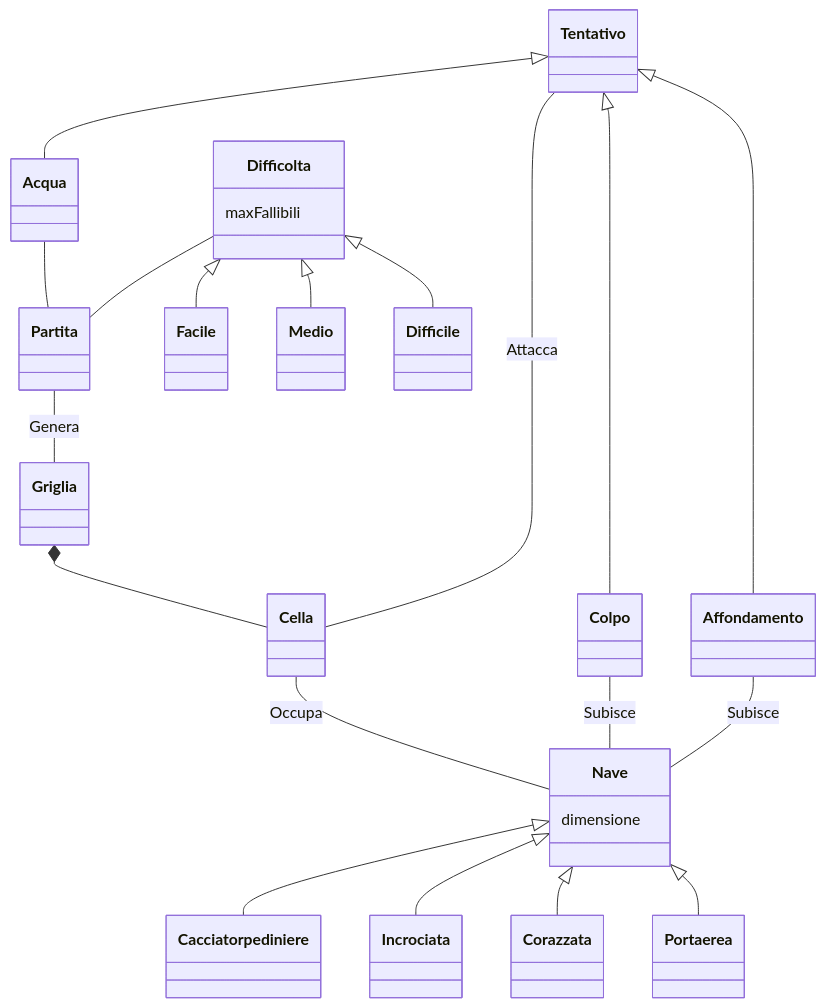
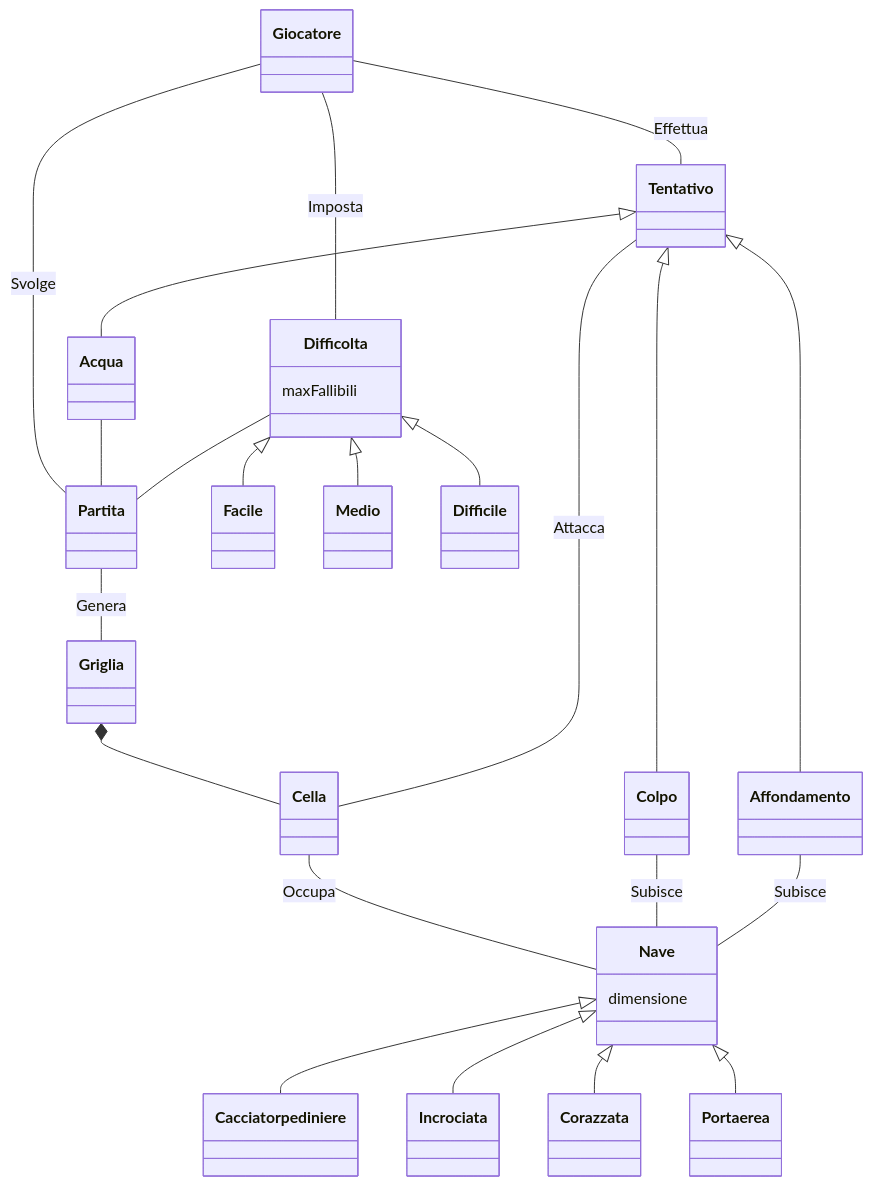
Before and after one commit to softeng2223-inf-uniba/progetto2223-thacker: the diagram in docs/Report.md, drawn with Mermaid.

Commit message:
Aggiunto concetto Giocatore al Modello di Dominio e relative associazioni

````diff
--- a/docs/Report.md
+++ b/docs/Report.md
@@ -7,38 +7,42 @@
 ```mermaid
     
     classDiagram
         
+        Giocatore -- Tentativo : Effettua
+        Giocatore -- Partita : Svolge
+        Giocatore -- Difficolta : Imposta
+
         Partita -- Griglia : Genera
         Griglia *-- Cella
         Cella -- Nave : Occupa
         Tentativo -- Cella : Attacca
 
 
         Nave <|-- Cacciatorpediniere
         Nave <|-- Incrociata
         Nave <|-- Corazzata
         Nave <|-- Portaerea
         
         Tentativo <|-- Acqua
         Tentativo <|-- Colpo
         Tentativo <|-- Affondamento
 
         Acqua -- Partita
         Colpo -- Nave : Subisce
         Affondamento -- Nave : Subisce
 
         Difficolta -- Partita
         Difficolta <|-- Facile
         Difficolta <|-- Medio
         Difficolta <|-- Difficile
 
         class Nave{
             dimensione
         }
 
         class Difficolta{
             maxFallibili
         }
 
 
 ```
````
